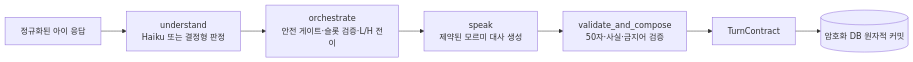
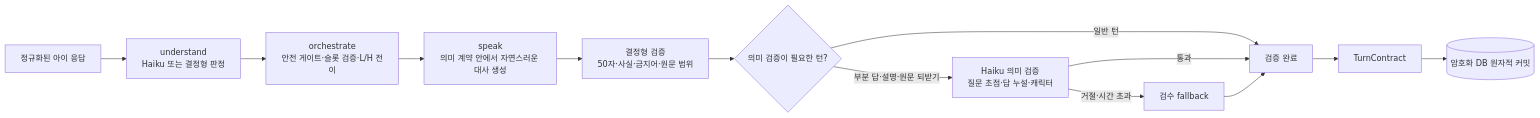
Before and after one commit to flyai-y2s2/Mormi-AI: the diagram in docs/ARCHITECTURE.md, drawn with Mermaid. The commit also changed other lines of this file and 16 other files, not shown here.

````diff
--- a/docs/ARCHITECTURE.md
+++ b/docs/ARCHITECTURE.md
@@ -81,9 +81,15 @@
 ```mermaid
 flowchart LR
     A["정규화된 아이 응답"] --> B["understand\nHaiku 또는 결정형 판정"]
     B --> C["orchestrate\n안전 게이트·슬롯 검증·L/H 전이"]
-    C --> D["speak\n제약된 모르미 대사 생성"]
-    D --> E["validate_and_compose\n50자·사실·금지어 검증"]
-    E --> F["TurnContract"]
+    C --> D["speak\n의미 계약 안에서 자연스러운 대사 생성"]
+    D --> E["결정형 검증\n50자·사실·금지어·원문 범위"]
+    E --> H{"의미 검증이 필요한 턴?"}
+    H -- "부분 답·설명·원문 되받기" --> I["Haiku 의미 검증\n질문 초점·답 누설·캐릭터"]
+    H -- "일반 턴" --> J["검증 완료"]
+    I -- "통과" --> J
+    I -- "거절·시간 초과" --> K["검수 fallback"]
+    K --> J
+    J --> F["TurnContract"]
     F --> G[("암호화 DB 원자적 커밋")]
 ```
````
